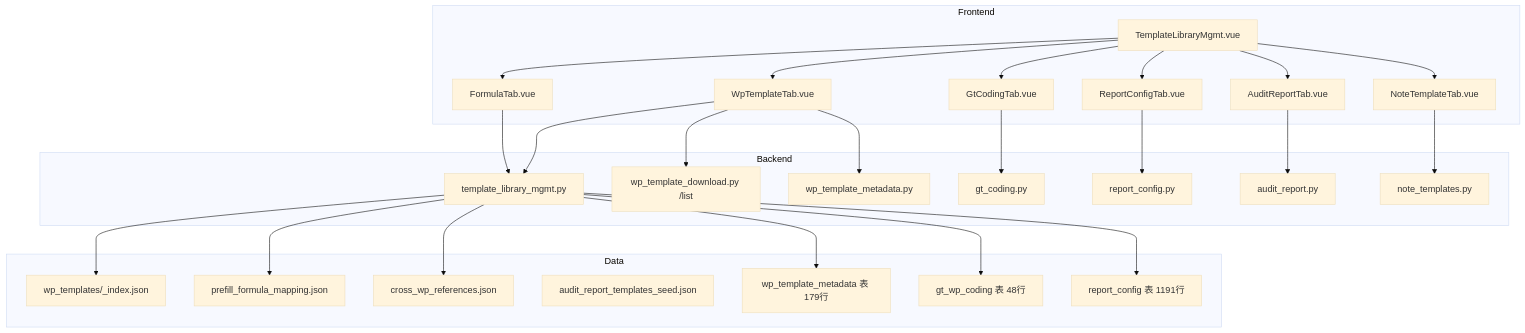
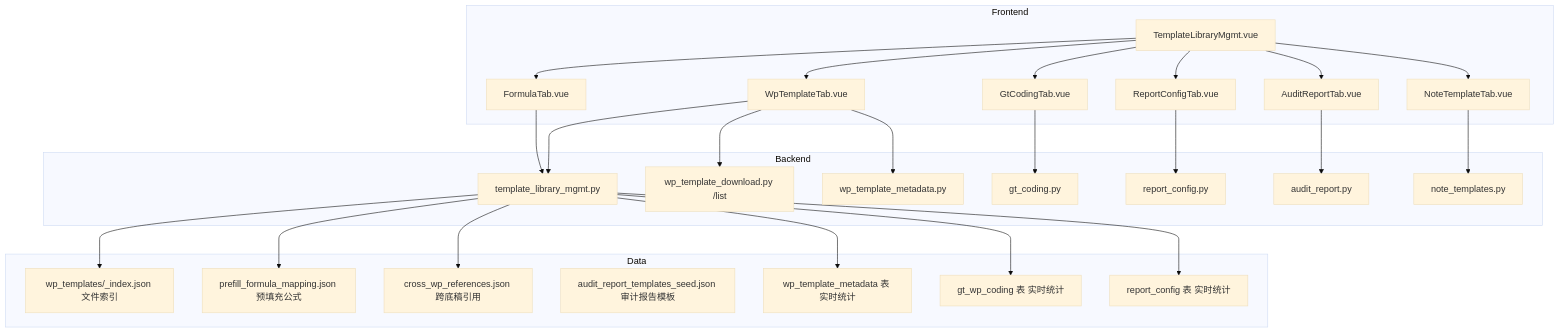
The first of 2 diagrams in .kiro/specs/template-library-coordination/design.md (YZ1981-GT/GT_plan), drawn with Mermaid (base theme) before and after one commit. The commit also changed other lines of this file and 128 other files, not shown here.

First line of the commit message:
feat: audit-chain-generation + template-library-coordination specs complete

````diff
--- a/.kiro/specs/template-library-coordination/design.md
+++ b/.kiro/specs/template-library-coordination/design.md
@@ -51,41 +169,41 @@
 ```mermaid
 graph TB
     subgraph Frontend
         TLM[TemplateLibraryMgmt.vue]
         Tab1[WpTemplateTab.vue]
         Tab2[FormulaTab.vue]
         Tab3[AuditReportTab.vue]
         Tab4[NoteTemplateTab.vue]
         Tab5[GtCodingTab.vue]
         Tab6[ReportConfigTab.vue]
         TLM --> Tab1 & Tab2 & Tab3 & Tab4 & Tab5 & Tab6
     end
 
     subgraph Backend
         R1[template_library_mgmt.py]
         R2[wp_template_download.py /list]
         R3[wp_template_metadata.py]
         R4[gt_coding.py]
         R5[report_config.py]
         R6[audit_report.py]
         R7[note_templates.py]
     end
 
     subgraph Data
-        D1[wp_templates/_index.json]
-        D2[prefill_formula_mapping.json]
-        D3[cross_wp_references.json]
-        D4[audit_report_templates_seed.json]
-        D5[wp_template_metadata 表 179行]
-        D6[gt_wp_coding 表 48行]
-        D7[report_config 表 1191行]
+        D1[wp_templates/_index.json 文件索引]
+        D2[prefill_formula_mapping.json 预填充公式]
+        D3[cross_wp_references.json 跨底稿引用]
+        D4[audit_report_templates_seed.json 审计报告模板]
+        D5[wp_template_metadata 表 实时统计]
+        D6[gt_wp_coding 表 实时统计]
+        D7[report_config 表 实时统计]
     end
 
     Tab1 --> R1 & R2 & R3
     Tab2 --> R1
     Tab3 --> R6
     Tab4 --> R7
     Tab5 --> R4
     Tab6 --> R5
     R1 --> D1 & D2 & D3 & D5 & D6 & D7
 ```
````
